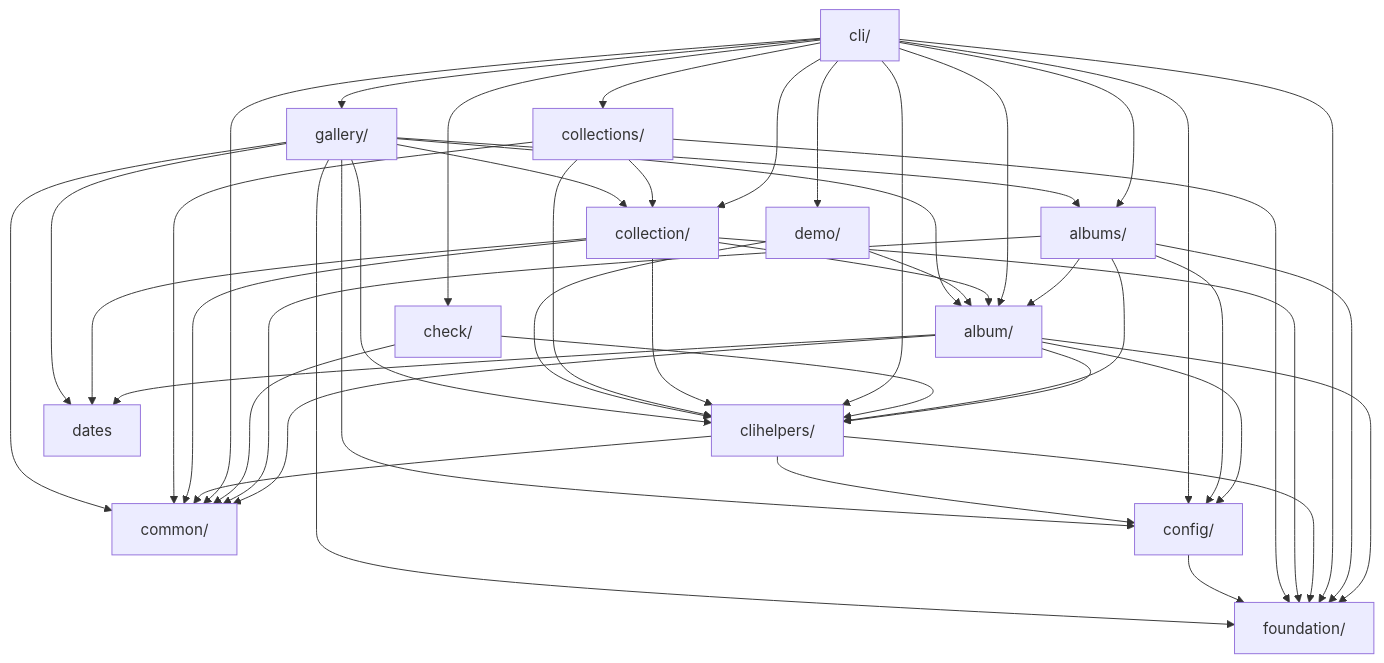
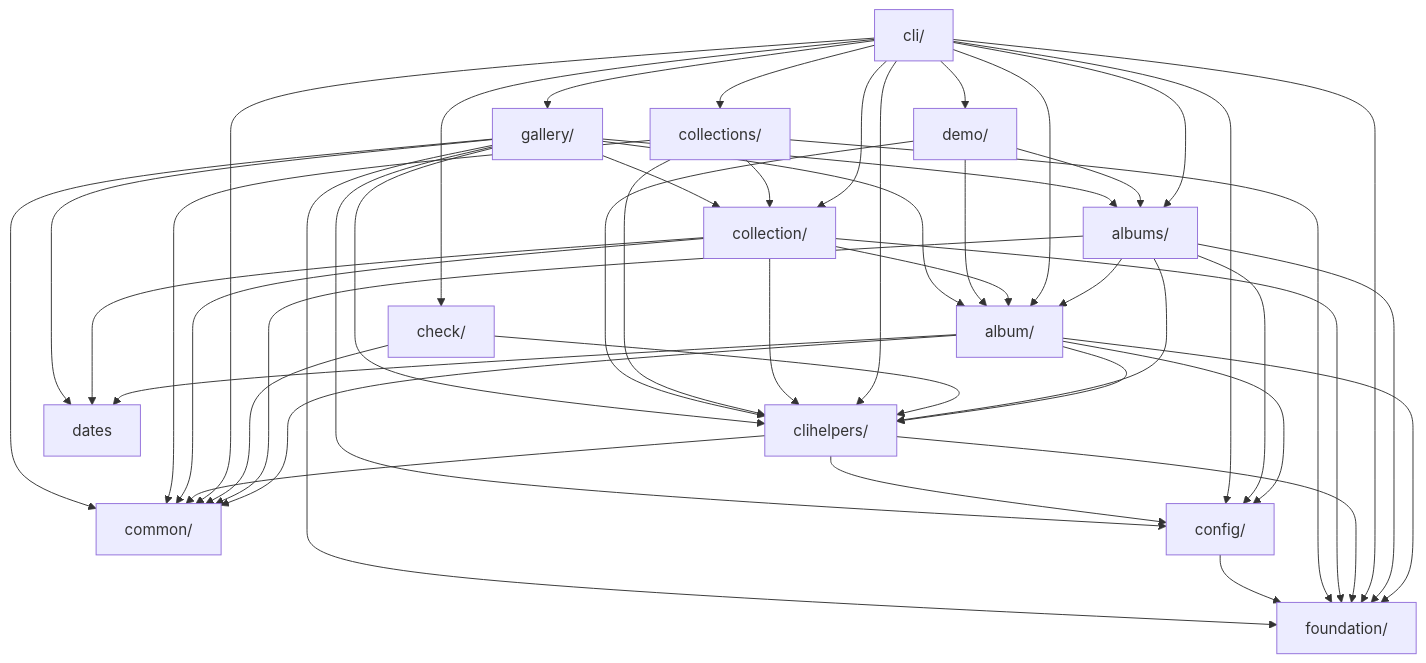
The diagram in docs/architecture.md (iglootools/photree), drawn with Mermaid before and after one commit. The commit also changed other lines of this file and 26 other files, not shown here.

````diff
--- a/docs/architecture.md
+++ b/docs/architecture.md
@@ -27,63 +27,64 @@
 ```mermaid
 graph TD
     album["album/"]
     albums["albums/"]
     check["check/"]
     cli["cli/"]
     clihelpers["clihelpers/"]
     collection["collection/"]
     collections["collections/"]
     common["common/"]
     config["config/"]
     dates["dates"]
     demo["demo/"]
     foundation["foundation/"]
     gallery["gallery/"]
 
     album --> clihelpers
     album --> common
     album --> config
     album --> dates
     album --> foundation
     albums --> album
     albums --> clihelpers
     albums --> common
     albums --> config
     albums --> foundation
     check --> clihelpers
     check --> common
     cli --> album
     cli --> albums
     cli --> check
     cli --> clihelpers
     cli --> collection
     cli --> collections
     cli --> common
     cli --> config
     cli --> demo
     cli --> foundation
     cli --> gallery
     clihelpers --> common
     clihelpers --> config
     clihelpers --> foundation
     collection --> album
     collection --> clihelpers
     collection --> common
     collection --> dates
     collection --> foundation
     collections --> clihelpers
     collections --> collection
     collections --> common
     collections --> foundation
     config --> foundation
     demo --> album
+    demo --> albums
     demo --> clihelpers
     gallery --> album
     gallery --> albums
     gallery --> clihelpers
     gallery --> collection
     gallery --> common
     gallery --> config
     gallery --> dates
     gallery --> foundation
 ```
````
